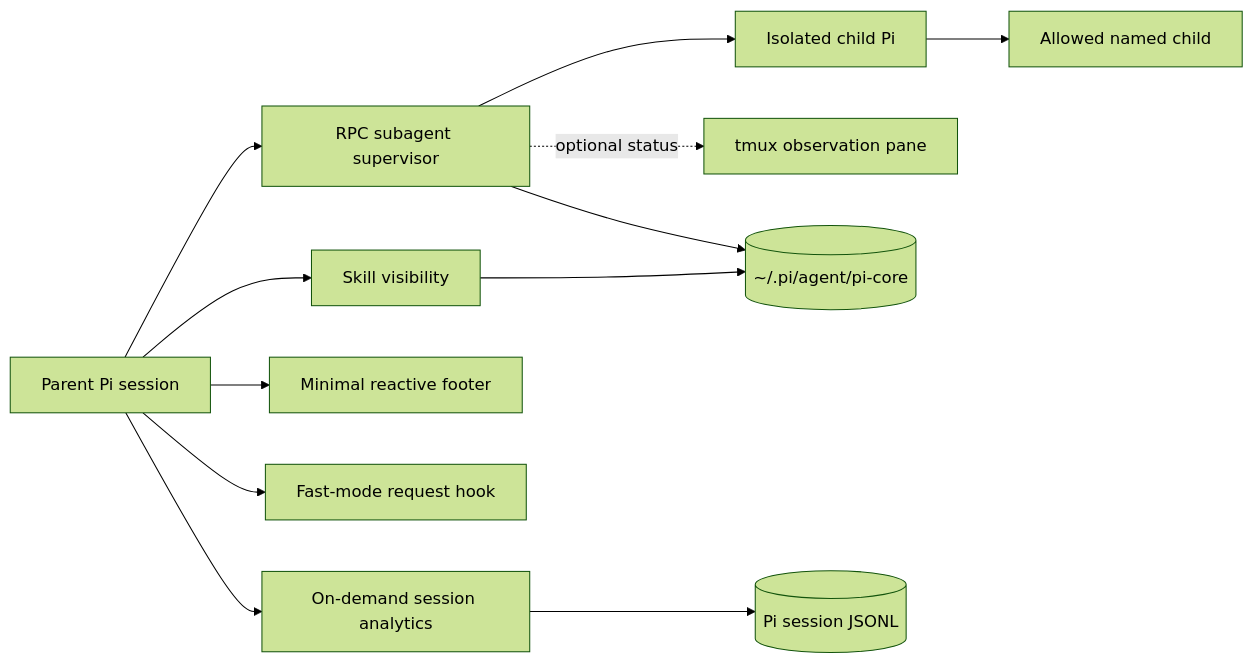
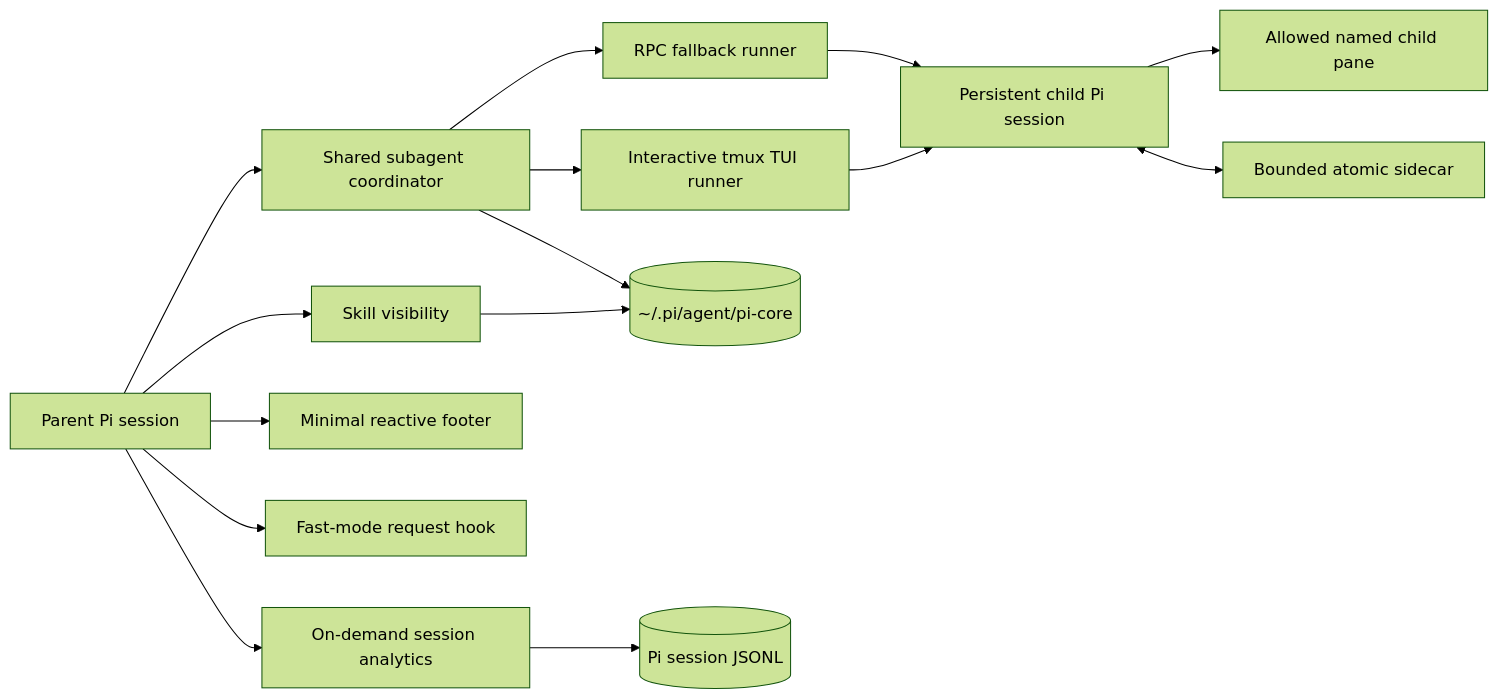
The diagram in README.md (enzodevs/pi-core), drawn with Mermaid (forest theme) before and after one commit. The commit also changed other lines of this file and 13 other files, not shown here.

````diff
--- a/README.md
+++ b/README.md
@@ -269,14 +273,17 @@
 ```mermaid
 flowchart LR
     Pi[Parent Pi session] --> Skills[Skill visibility]
-    Pi --> Agents[RPC subagent supervisor]
-    Agents --> Child[Isolated child Pi]
-    Child --> Nested[Allowed named child]
-    Agents -. optional status .-> Tmux[tmux observation pane]
+    Pi --> Agents[Shared subagent coordinator]
+    Agents --> Tmux[Interactive tmux TUI runner]
+    Agents --> RPC[RPC fallback runner]
+    Tmux --> Child[Persistent child Pi session]
+    RPC --> Child
+    Child --> Nested[Allowed named child pane]
+    Child <--> Sidecar[Bounded atomic sidecar]
     Pi --> Footer[Minimal reactive footer]
     Pi --> Fast[Fast-mode request hook]
     Pi --> Analytics[On-demand session analytics]
     Skills --> Store[(~/.pi/agent/pi-core)]
     Agents --> Store
     Analytics --> Sessions[(Pi session JSONL)]
 ```
````
